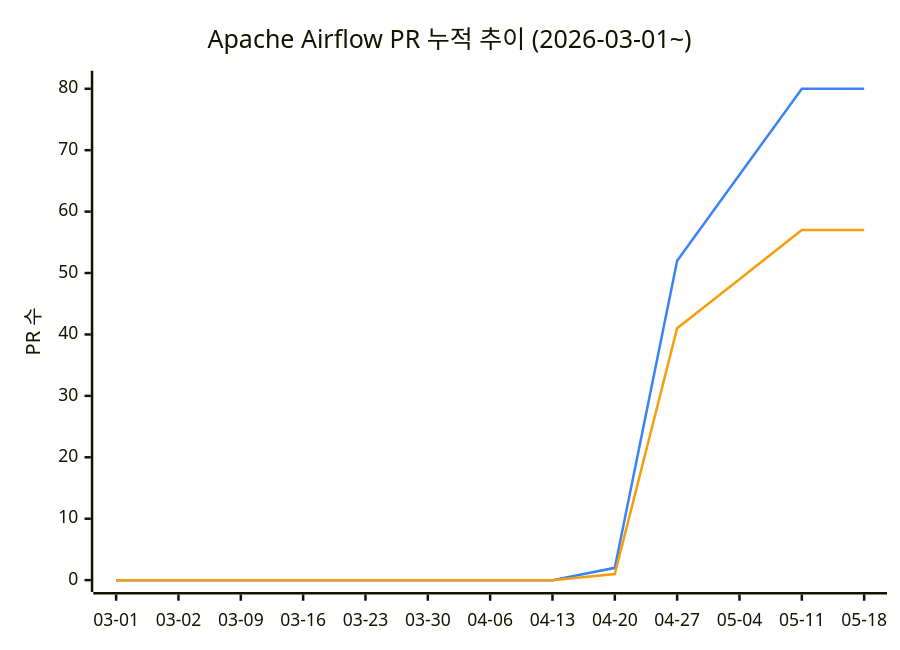
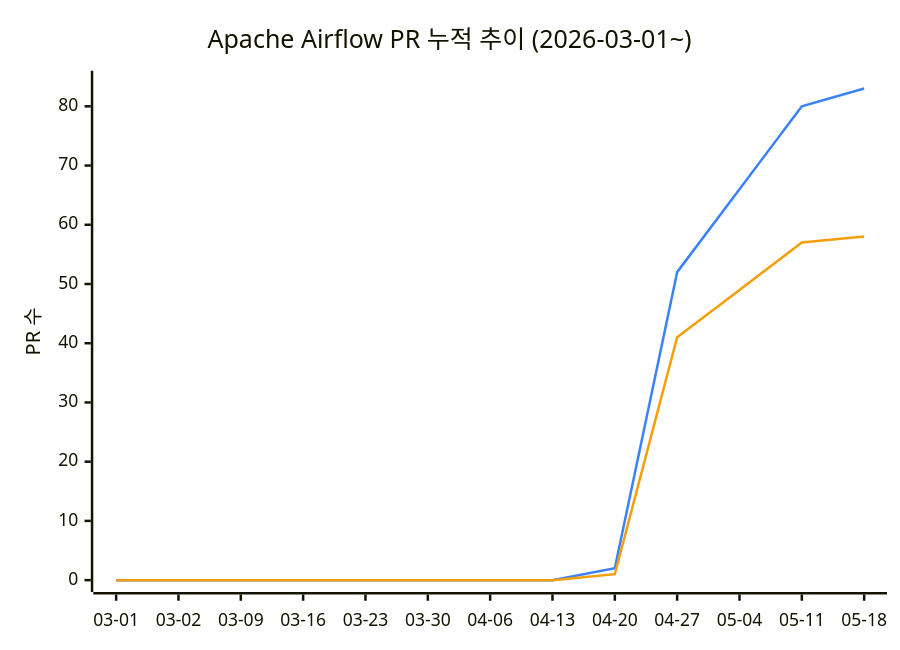
Before and after one commit to AirflowKorea/ossca: the diagram in README.md, drawn with Mermaid. The commit also changed other lines of this file, not shown here.

````diff
--- a/README.md
+++ b/README.md
@@ -11,9 +11,9 @@
 ```mermaid
 %%{init: {"themeVariables": {"xyChart": {"plotColorPalette": "#3b82f6, #f59e0b"}}}}%%
 xychart-beta
     title "Apache Airflow PR 누적 추이 (2026-03-01~)"
     x-axis ["03-01", "03-02", "03-09", "03-16", "03-23", "03-30", "04-06", "04-13", "04-20", "04-27", "05-04", "05-11", "05-18"]
-    y-axis "PR 수" 0 --> 81
-    line [0, 0, 0, 0, 0, 0, 0, 0, 2, 52, 66, 80, 80]
-    line [0, 0, 0, 0, 0, 0, 0, 0, 1, 41, 49, 57, 57]
+    y-axis "PR 수" 0 --> 84
+    line [0, 0, 0, 0, 0, 0, 0, 0, 2, 52, 66, 80, 83]
+    line [0, 0, 0, 0, 0, 0, 0, 0, 1, 41, 49, 57, 58]
 ```
````
